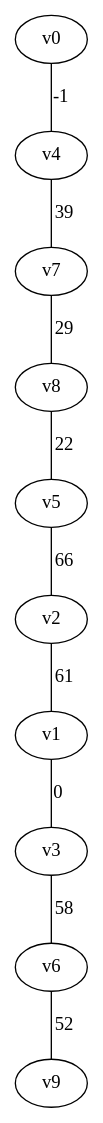
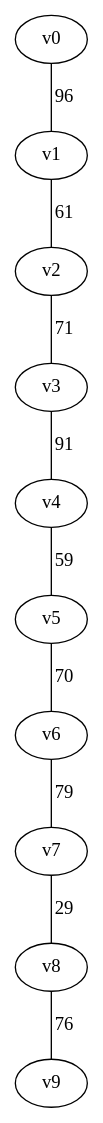
The diagram in outputs/gn10_dfs_2.dot (japie1235813/Algo_PA3), drawn with Graphviz before and after one commit. The commit also changed 11 other files, not shown here.

```diff
--- a/outputs/gn10_dfs_2.dot
+++ b/outputs/gn10_dfs_2.dot
@@ -1,11 +1,11 @@
 graph gn10_dfs {
-v0 -- v4 [label = -1];
-v4 -- v7 [label = 39];
-v7 -- v8 [label = 29];
-v8 -- v5 [label = 22];
-v5 -- v2 [label = 66];
-v1 -- v3 [label = 0];
-v3 -- v6 [label = 58];
-v2 -- v1 [label = 61];
-v6 -- v9 [label = 52];
+v0 -- v1 [label = "96"];
+v1 -- v2 [label = "61"];
+v2 -- v3 [label = "71"];
+v3 -- v4 [label = "91"];
+v4 -- v5 [label = "59"];
+v5 -- v6 [label = "70"];
+v6 -- v7 [label = "79"];
+v7 -- v8 [label = "29"];
+v8 -- v9 [label = "76"];
 }
```
